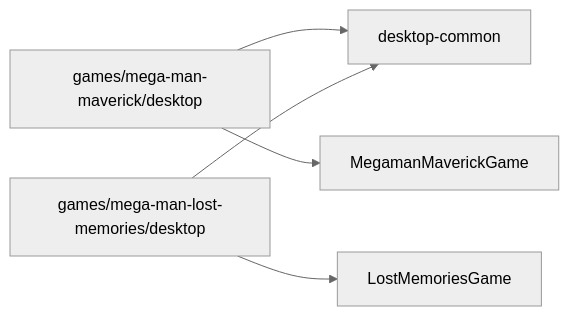
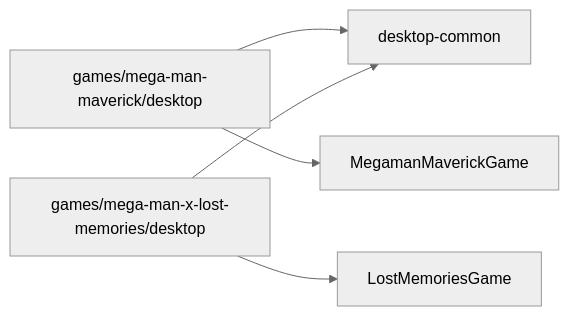
The diagram in docs/mega-refactor/items/185-second-title/NOTES.md (JohnLavender474/Megaman-Maverick), drawn with Mermaid (neutral theme) before and after one commit. The commit also changed other lines of this file and 7 other files, not shown here.

Commit message:
docs: 185c: branch start (games layout, Lost Memories mock game); 185 decisions and research of 2026-11-24

````diff
--- a/docs/mega-refactor/items/185-second-title/NOTES.md
+++ b/docs/mega-refactor/items/185-second-title/NOTES.md
@@ -106,7 +106,7 @@
 ```mermaid
 flowchart LR
   m["games/mega-man-maverick/desktop"] --> c[desktop-common]
-  l["games/mega-man-lost-memories/desktop"] --> c
+  l["games/mega-man-x-lost-memories/desktop"] --> c
   m --> mg[MegamanMaverickGame]
   l --> lg[LostMemoriesGame]
 ```
````
